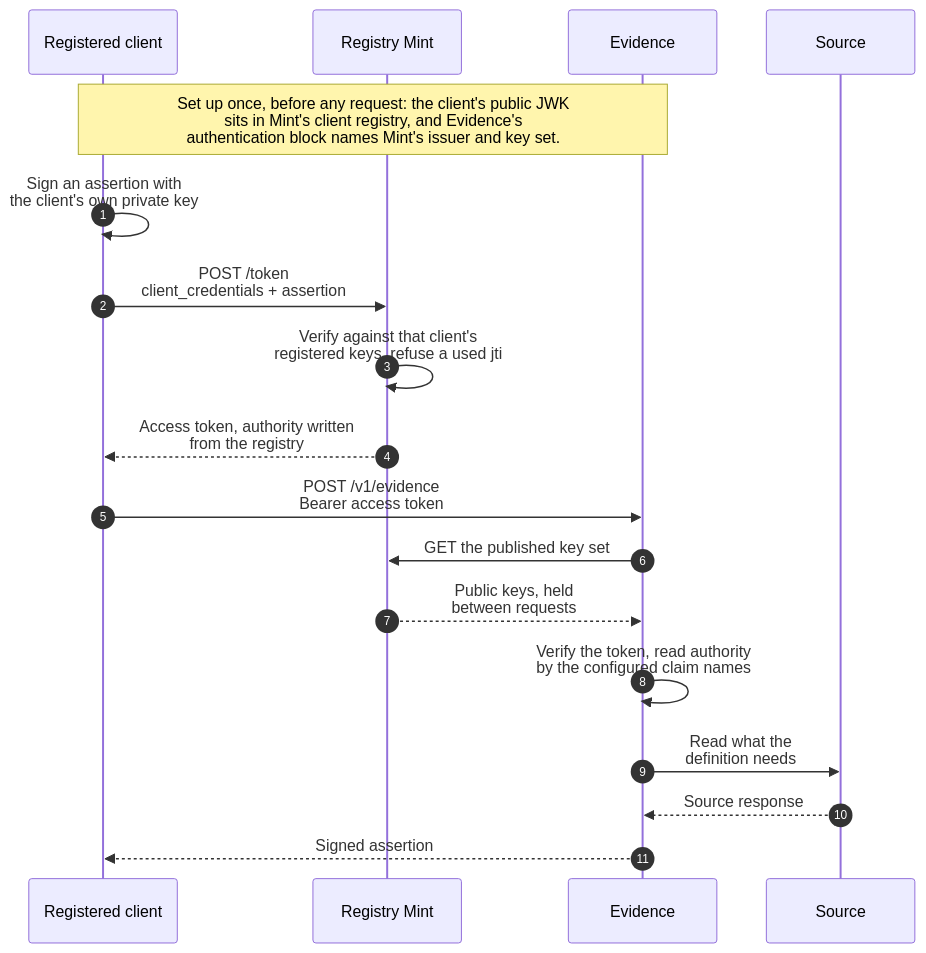
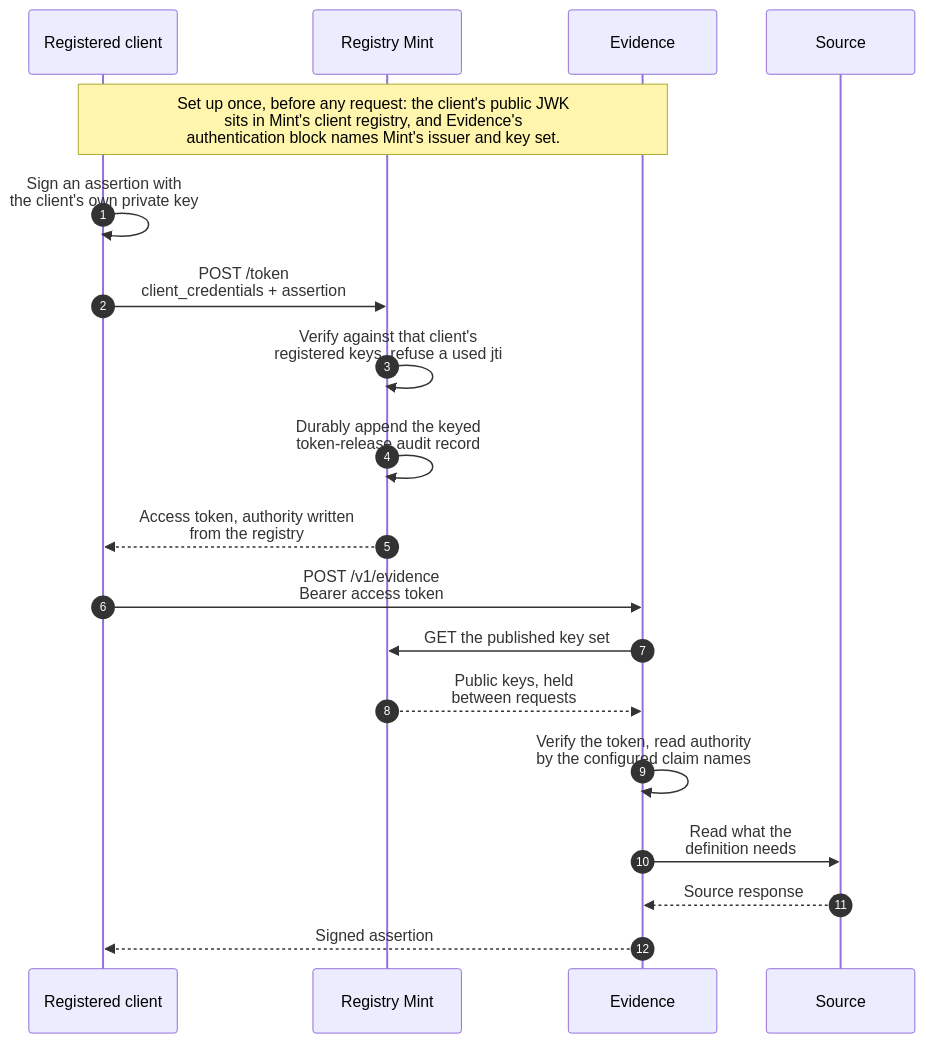
One commit to registrystack/registry-stack changed the diagram in docs/site/src/content/docs/reference/mint.mdx. Above: the diagram before and after it, drawn with Mermaid. The commit also changed other lines of this file and 4 other files, not shown here.

Commit message:
docs(mint): document token audit operations

````diff
--- a/docs/site/src/content/docs/reference/mint.mdx
+++ b/docs/site/src/content/docs/reference/mint.mdx
@@ -195,23 +220,24 @@
 ```mermaid
 sequenceDiagram
     autonumber
     participant C as Registered client
     participant M as Registry Mint
     participant E as Evidence
     participant S as Source
 
     Note over C,E: Set up once, before any request: the client's public JWK<br/>sits in Mint's client registry, and Evidence's<br/>authentication block names Mint's issuer and key set.
 
     C->>C: Sign an assertion with<br/>the client's own private key
     C->>M: POST /token<br/>client_credentials + assertion
     M->>M: Verify against that client's<br/>registered keys, refuse a used jti
+    M->>M: Durably append the keyed<br/>token-release audit record
     M-->>C: Access token, authority written<br/>from the registry
 
     C->>E: POST /v1/evidence<br/>Bearer access token
     E->>M: GET the published key set
     M-->>E: Public keys, held<br/>between requests
     E->>E: Verify the token, read authority<br/>by the configured claim names
     E->>S: Read what the<br/>definition needs
     S-->>E: Source response
     E-->>C: Signed assertion
 ```
````
